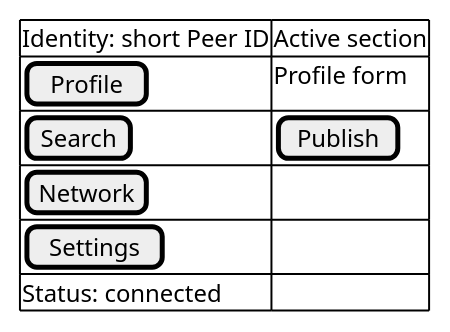
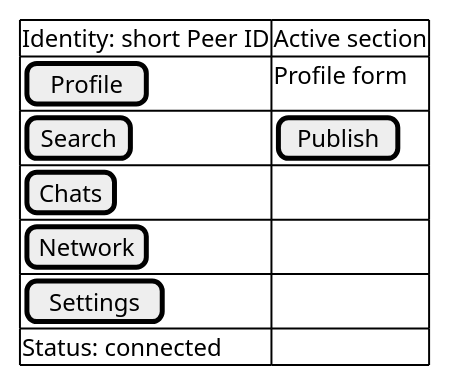
One commit to abbat/dyapp changed the first of 6 diagrams in docs/design/v0.0.1-client-screens.md. Above: the diagram before and after it, drawn with PlantUML. The commit also changed other lines of this file and 8 other files, not shown here.

````diff
--- a/docs/design/v0.0.1-client-screens.md
+++ b/docs/design/v0.0.1-client-screens.md
@@ -25,12 +27,13 @@
 ```plantuml
 @startsalt
 {#
 Identity: short Peer ID | Active section
 [Profile] | Profile form
 [Search] | [Publish]
+[Chats] | .
 [Network] | .
 [Settings] | .
 Status: connected | .
 }
 @endsalt
 ```
````
